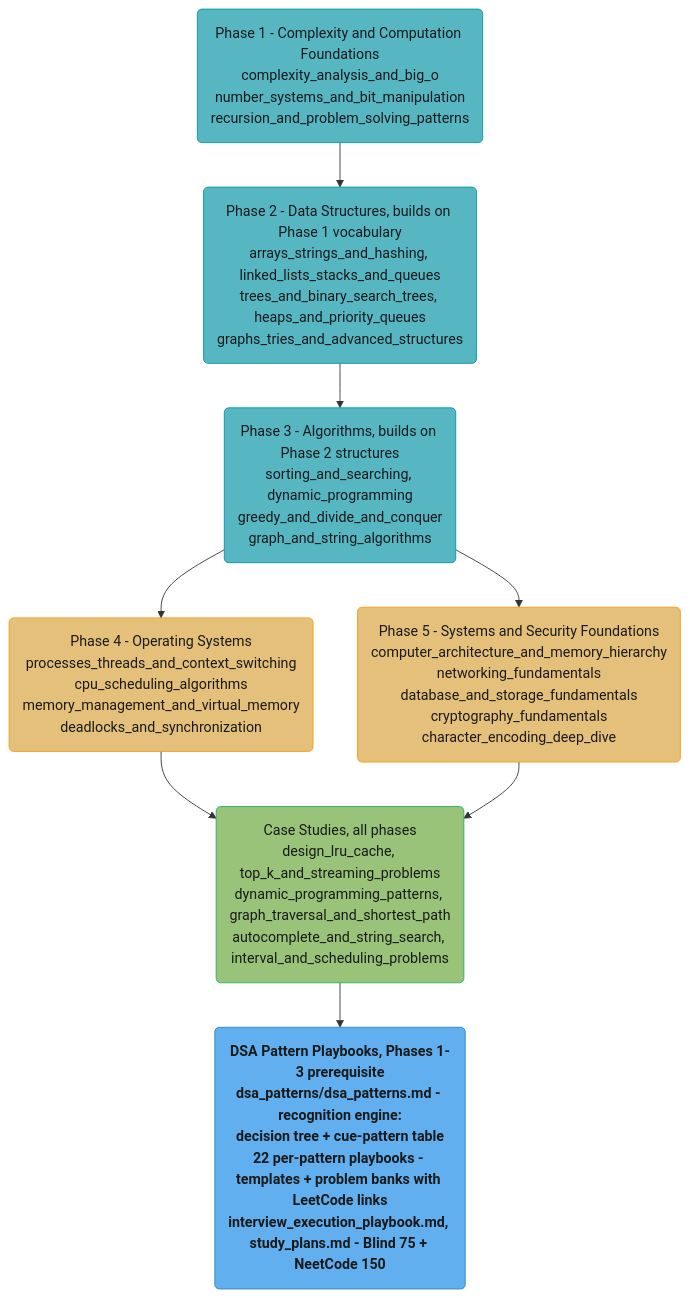
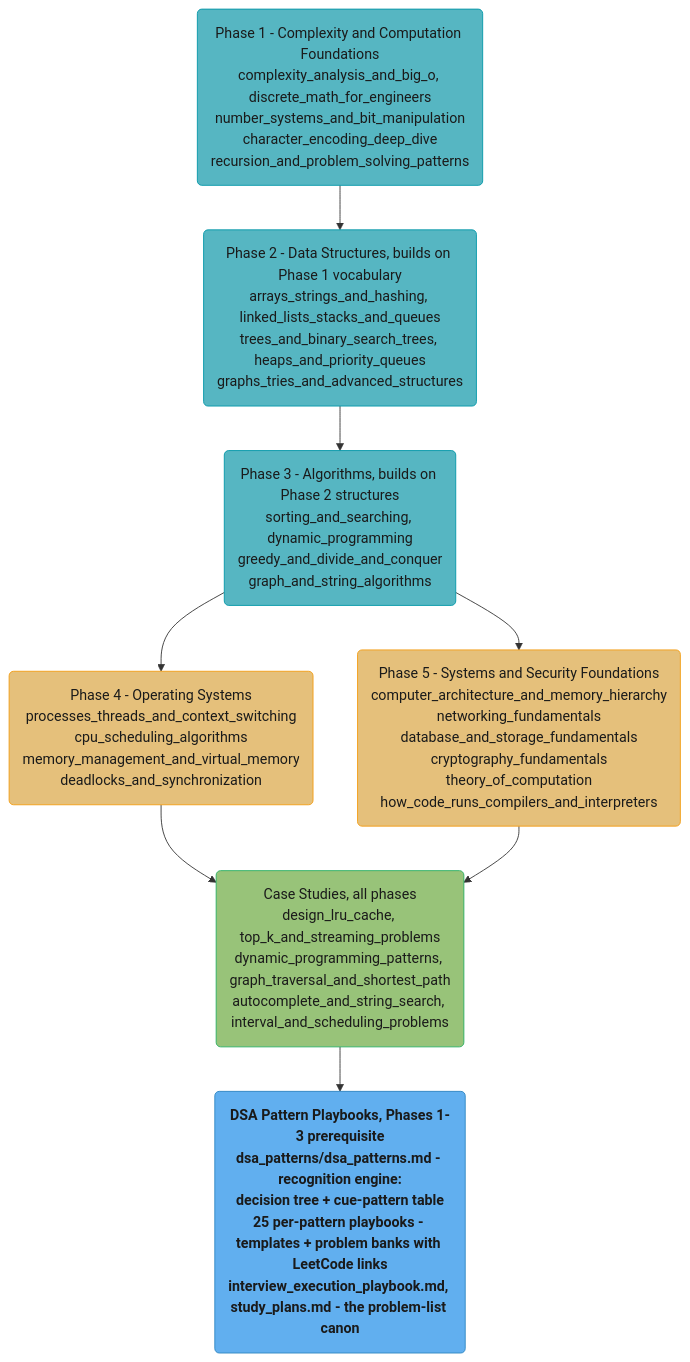
One commit to rppol/system-design changed the diagram in src/main/java/com/rutik/systemdesign/cs_fundamentals/README.md. Above: the diagram before and after it, drawn with Mermaid. The commit also changed other lines of this file and 466 other files, not shown here.

````diff
--- a/src/main/java/com/rutik/systemdesign/cs_fundamentals/README.md
+++ b/src/main/java/com/rutik/systemdesign/cs_fundamentals/README.md
@@ -98,30 +99,30 @@
 ```mermaid
 flowchart TD
     classDef io      fill:#61afef,stroke:#2e86c1,color:#1a1a1a,font-weight:bold
     classDef frozen  fill:#c678dd,stroke:#9b59b6,color:#fff
     classDef train   fill:#98c379,stroke:#27ae60,color:#1a1a1a
     classDef mathOp  fill:#d19a66,stroke:#e67e22,color:#1a1a1a,font-weight:bold
     classDef lossN   fill:#e06c75,stroke:#c0392b,color:#fff,font-weight:bold
     classDef req     fill:#56b6c2,stroke:#0097a7,color:#1a1a1a
     classDef base    fill:#e5c07b,stroke:#f39c12,color:#1a1a1a
 
-    p1("Phase 1 - Complexity and Computation Foundations<br/>complexity_analysis_and_big_o<br/>number_systems_and_bit_manipulation<br/>recursion_and_problem_solving_patterns")
+    p1("Phase 1 - Complexity and Computation Foundations<br/>complexity_analysis_and_big_o, discrete_math_for_engineers<br/>number_systems_and_bit_manipulation<br/>character_encoding_deep_dive<br/>recursion_and_problem_solving_patterns")
     p2("Phase 2 - Data Structures, builds on Phase 1 vocabulary<br/>arrays_strings_and_hashing, linked_lists_stacks_and_queues<br/>trees_and_binary_search_trees, heaps_and_priority_queues<br/>graphs_tries_and_advanced_structures")
     p3("Phase 3 - Algorithms, builds on Phase 2 structures<br/>sorting_and_searching, dynamic_programming<br/>greedy_and_divide_and_conquer<br/>graph_and_string_algorithms")
     p4("Phase 4 - Operating Systems<br/>processes_threads_and_context_switching<br/>cpu_scheduling_algorithms<br/>memory_management_and_virtual_memory<br/>deadlocks_and_synchronization")
-    p5("Phase 5 - Systems and Security Foundations<br/>computer_architecture_and_memory_hierarchy<br/>networking_fundamentals<br/>database_and_storage_fundamentals<br/>cryptography_fundamentals<br/>character_encoding_deep_dive")
+    p5("Phase 5 - Systems and Security Foundations<br/>computer_architecture_and_memory_hierarchy<br/>networking_fundamentals<br/>database_and_storage_fundamentals<br/>cryptography_fundamentals<br/>theory_of_computation<br/>how_code_runs_compilers_and_interpreters")
     cs("Case Studies, all phases<br/>design_lru_cache, top_k_and_streaming_problems<br/>dynamic_programming_patterns, graph_traversal_and_shortest_path<br/>autocomplete_and_string_search, interval_and_scheduling_problems")
-    dsap("DSA Pattern Playbooks, Phases 1-3 prerequisite<br/>dsa_patterns/dsa_patterns.md - recognition engine:<br/>decision tree + cue-pattern table<br/>22 per-pattern playbooks - templates + problem banks with LeetCode links<br/>interview_execution_playbook.md, study_plans.md - Blind 75 + NeetCode 150")
+    dsap("DSA Pattern Playbooks, Phases 1-3 prerequisite<br/>dsa_patterns/dsa_patterns.md - recognition engine:<br/>decision tree + cue-pattern table<br/>25 per-pattern playbooks - templates + problem banks with LeetCode links<br/>interview_execution_playbook.md, study_plans.md - the problem-list canon")
 
     p1 --> p2 --> p3
     p3 --> p4
     p3 --> p5
     p4 --> cs
     p5 --> cs
     cs --> dsap
 
     class p1,p2,p3 req
     class p4,p5 base
     class cs train
     class dsap io
 ```
````
